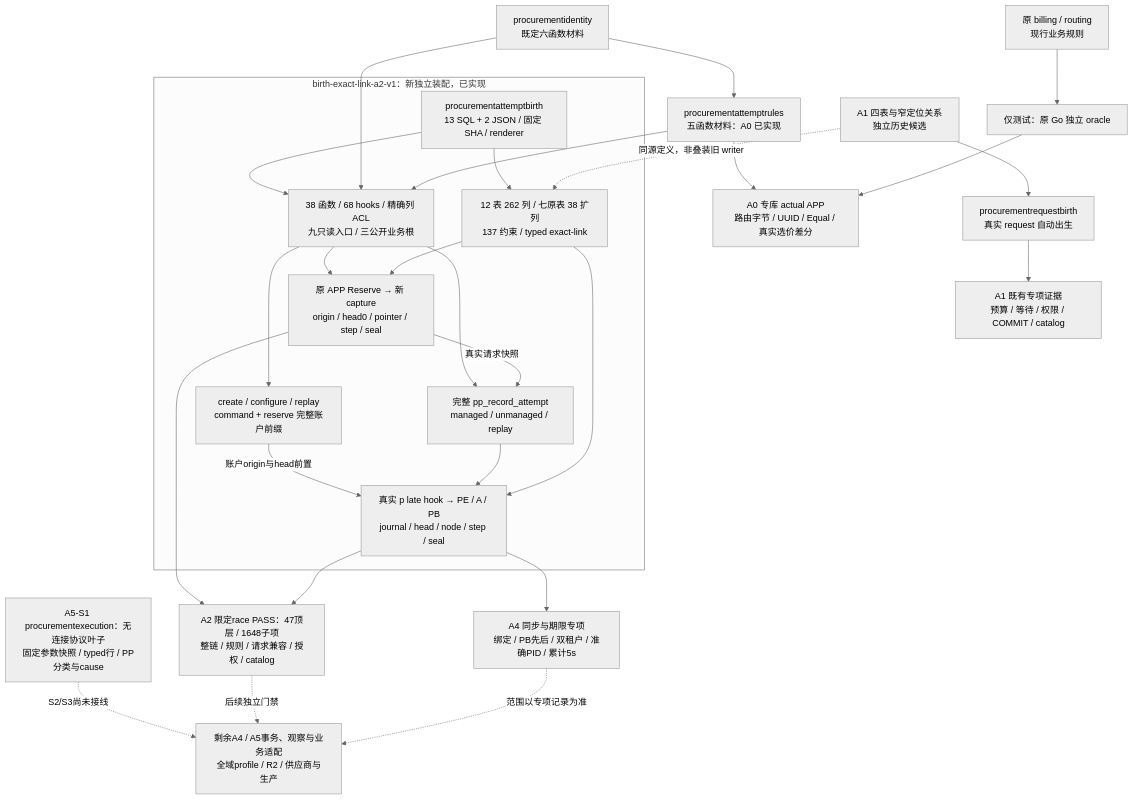
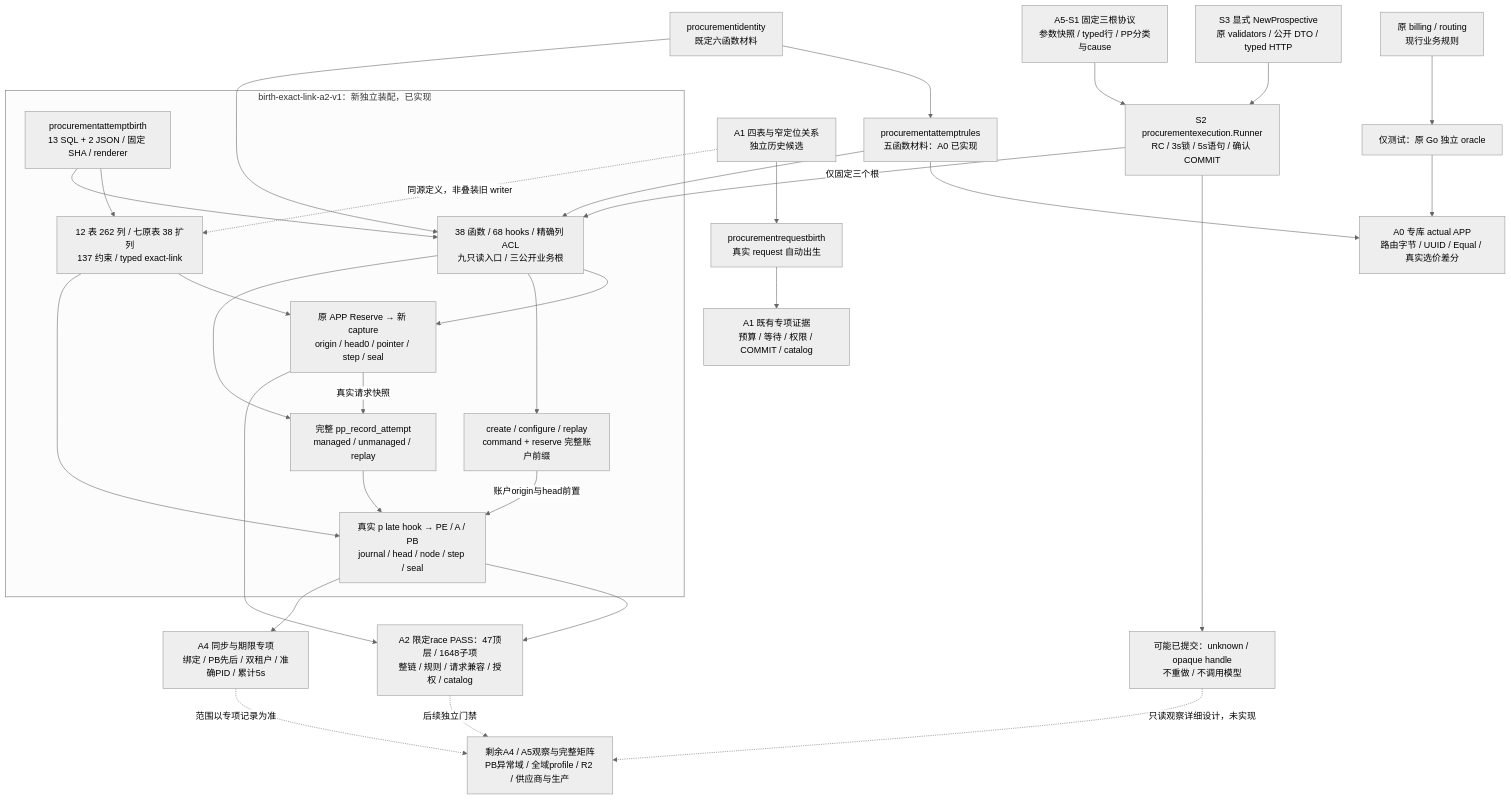
Before and after one commit to workhold/moni-aigate: the first of 2 diagrams in docs/architecture/procurement-attempt-birth.md, drawn with Mermaid (neutral theme). The commit also changed other lines of this file and 34 other files, not shown here.

````diff
--- a/docs/architecture/procurement-attempt-birth.md
+++ b/docs/architecture/procurement-attempt-birth.md
@@ -7,38 +7,41 @@
 ```mermaid
 flowchart TD
     Original["原 billing / routing<br/>现行业务规则"] --> Oracle["仅测试：原 Go 独立 oracle"]
     Identity["procurementidentity<br/>既定六函数材料"] --> Rules["procurementattemptrules<br/>五函数材料：A0 已实现"]
     Rules --> PGTest["A0 专库 actual APP<br/>路由字节 / UUID / Equal / 真实选价差分"]
     Oracle --> PGTest
     Schema["A1 四表与窄定位关系<br/>独立历史候选"] --> Birth["procurementrequestbirth<br/>真实 request 自动出生"]
     Birth --> Matrix["A1 既有专项证据<br/>预算 / 等待 / 权限 / COMMIT / catalog"]
     subgraph Candidate["birth-exact-link-a2-v1：新独立装配，已实现"]
         Renderer["procurementattemptbirth<br/>13 SQL + 2 JSON / 固定 SHA / renderer"]
         Relations["12 表 262 列 / 七原表 38 扩列<br/>137 约束 / typed exact-link"]
         Functions["38 函数 / 68 hooks / 精确列 ACL<br/>九只读入口 / 三公开业务根"]
         Request["原 APP Reserve → 新 capture<br/>origin / head0 / pointer / step / seal"]
         Account["create / configure / replay<br/>command + reserve 完整账户前缀"]
         Attempt["完整 pp_record_attempt<br/>managed / unmanaged / replay"]
         Effects["真实 p late hook → PE / A / PB<br/>journal / head / node / step / seal"]
         Renderer --> Relations
         Renderer --> Functions
         Functions --> Request
         Functions --> Account
         Functions --> Attempt
         Request -->|真实请求快照| Attempt
         Account -->|账户origin与head前置| Effects
         Attempt --> Effects
     end
     Schema -. "同源定义，非叠装旧 writer" .-> Relations
     Identity --> Functions
     Rules --> Functions
     Relations --> Request
     Relations --> Effects
     Request --> A2PG["A2 限定race PASS：47顶层 / 1648子项<br/>整链 / 规则 / 请求兼容 / 授权 / catalog"]
     Effects --> A2PG
     Effects --> Sync["A4 同步与期限专项<br/>绑定 / PB先后 / 双租户 / 准确PID / 累计5s"]
-    ABI["A5-S1 procurementexecution：无连接协议叶子<br/>固定参数快照 / typed行 / PP分类与cause"]
-    ABI -. "S2/S3尚未接线" .-> Future["剩余A4 / A5事务、观察与业务适配<br/>全域profile / R2 / 供应商与生产"]
+    Adapter["S3 显式 NewProspective<br/>原 validators / 公开 DTO / typed HTTP"] --> Runner["S2 procurementexecution.Runner<br/>RC / 3s锁 / 5s语句 / 确认 COMMIT"]
+    ABI["A5-S1 固定三根协议<br/>参数快照 / typed行 / PP分类与cause"] --> Runner
+    Runner -->|仅固定三个根| Functions
+    Runner --> Unknown["可能已提交：unknown / opaque handle<br/>不重做 / 不调用模型"]
+    Unknown -. "只读观察详细设计，未实现" .-> Future["剩余A4 / A5观察与完整矩阵<br/>PB异常域 / 全域profile / R2 / 供应商与生产"]
     A2PG -. "后续独立门禁" .-> Future
     Sync -. "范围以专项记录为准" .-> Future
 ```
````
